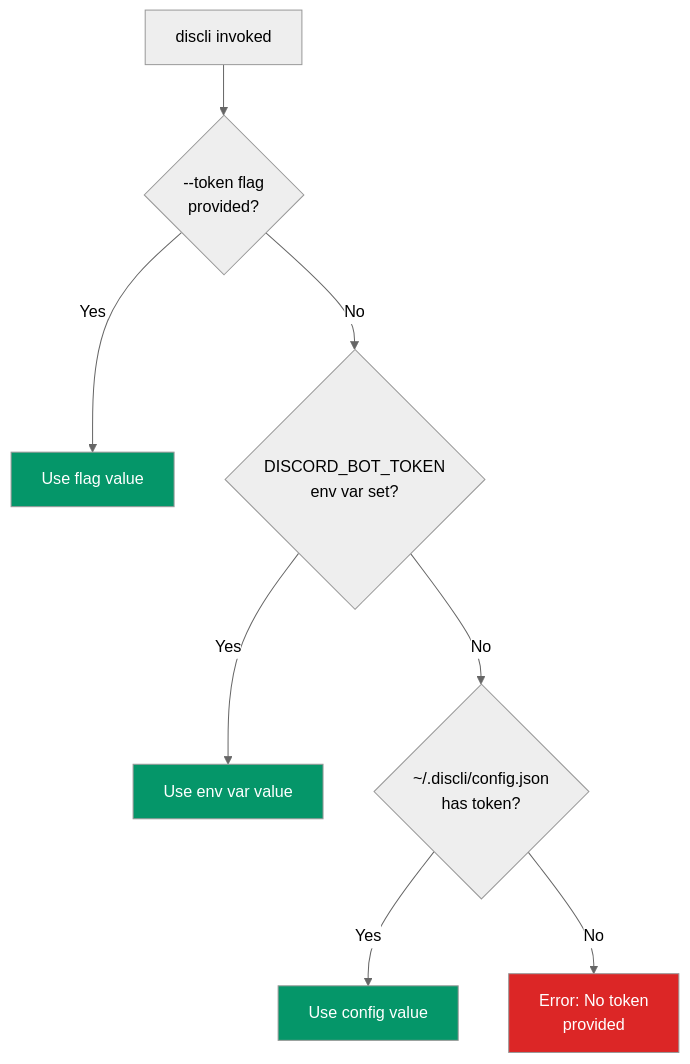
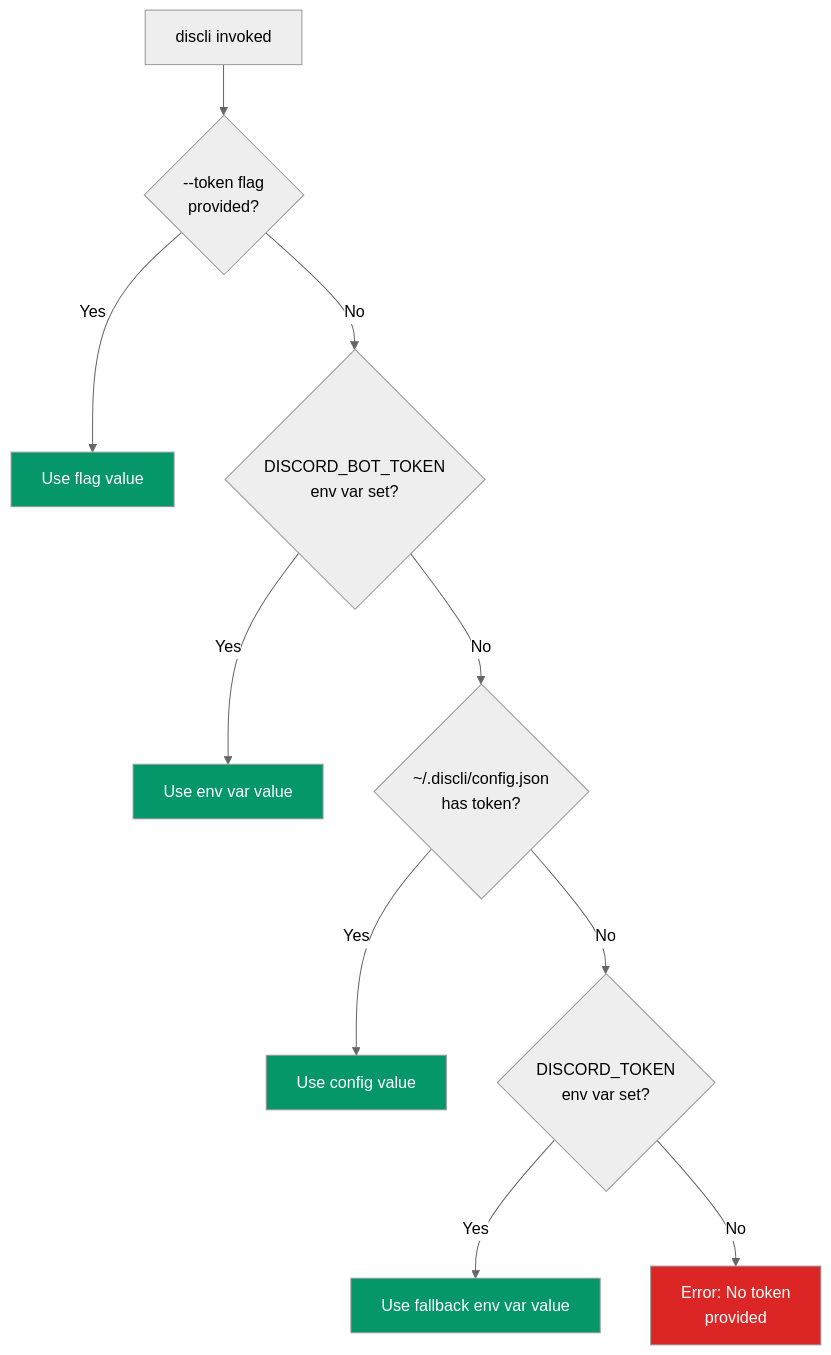
The diagram in docs/architecture/token-resolution.mdx (DevRohit06/discli), drawn with Mermaid (neutral theme) before and after one commit. The commit also changed other lines of this file and 12 other files, not shown here.

````diff
--- a/docs/architecture/token-resolution.mdx
+++ b/docs/architecture/token-resolution.mdx
@@ -12,15 +12,18 @@
 ```mermaid
 flowchart TD
     A[discli invoked] --> B{--token flag\nprovided?}
     B -- Yes --> C[Use flag value]
     B -- No --> D{DISCORD_BOT_TOKEN\nenv var set?}
     D -- Yes --> E[Use env var value]
     D -- No --> F{~/.discli/config.json\nhas token?}
     F -- Yes --> G[Use config value]
-    F -- No --> H[Error: No token\nprovided]
+    F -- No --> H{DISCORD_TOKEN\nenv var set?}
+    H -- Yes --> I[Use fallback env var value]
+    H -- No --> J[Error: No token\nprovided]
 
     style C fill:#059669,color:#fff
     style E fill:#059669,color:#fff
     style G fill:#059669,color:#fff
-    style H fill:#dc2626,color:#fff
+    style I fill:#059669,color:#fff
+    style J fill:#dc2626,color:#fff
 ```
````
